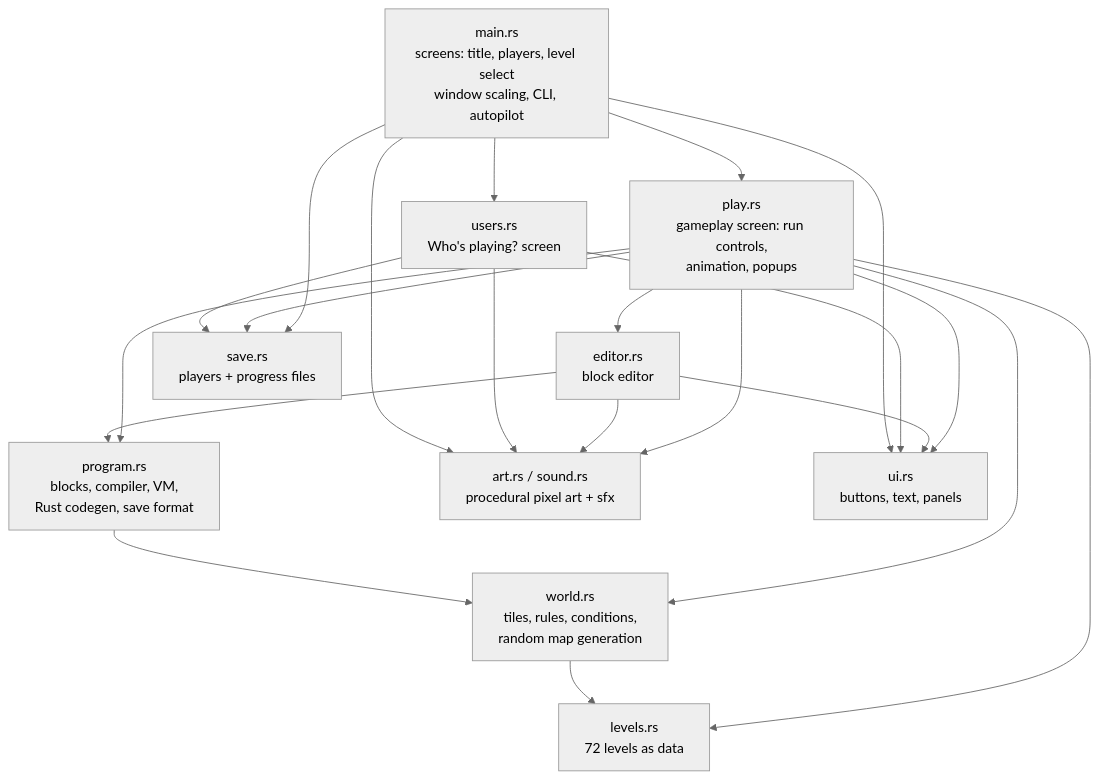
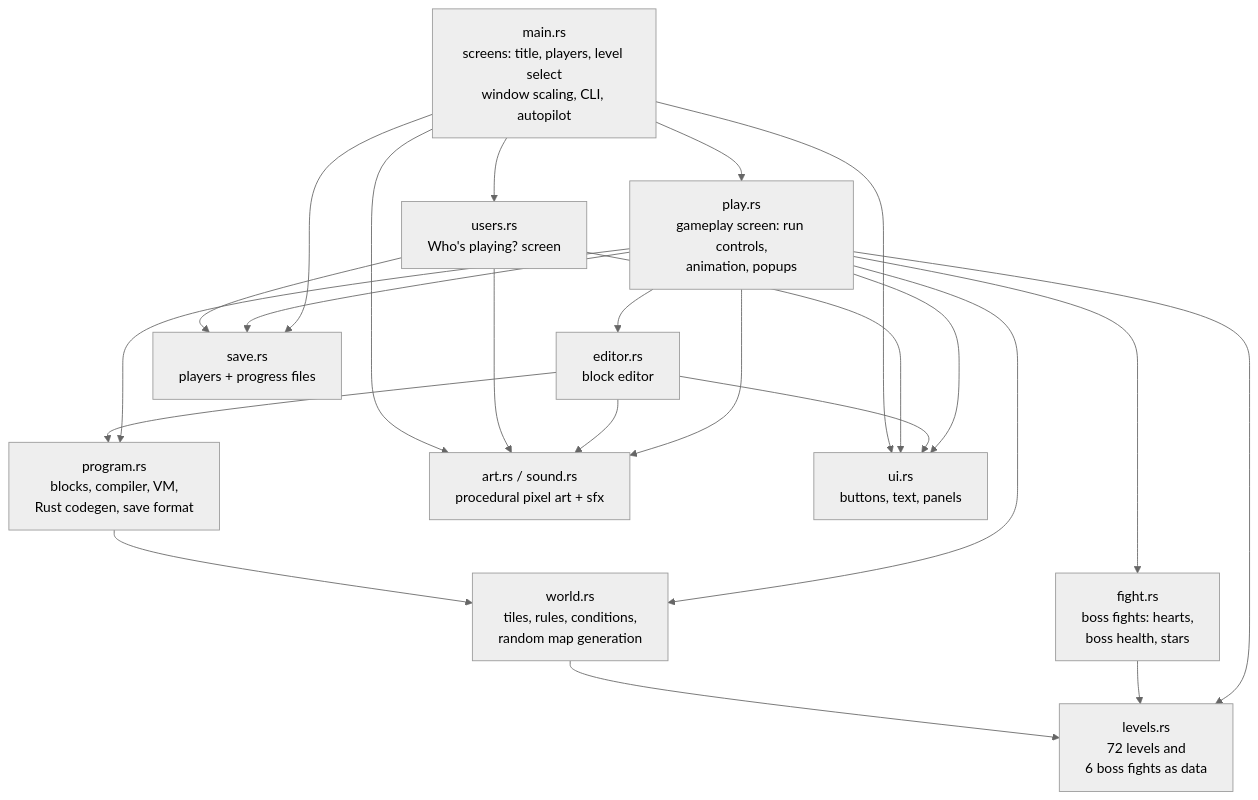
Before and after one commit to rpforonda/block-coders: the diagram in docs/DESIGN.md, drawn with Mermaid (neutral theme). The commit also changed other lines of this file and 10 other files, not shown here.

First line of the commit message:
Turn boss levels into 3-stage boss fights with hearts

````diff
--- a/docs/DESIGN.md
+++ b/docs/DESIGN.md
@@ -68,21 +69,23 @@
 ```mermaid
 flowchart TD
     main["main.rs<br/>screens: title, players, level select<br/>window scaling, CLI, autopilot"]
     users["users.rs<br/>Who's playing? screen"]
     play["play.rs<br/>gameplay screen: run controls,<br/>animation, popups"]
     editor["editor.rs<br/>block editor"]
     program["program.rs<br/>blocks, compiler, VM,<br/>Rust codegen, save format"]
     world["world.rs<br/>tiles, rules, conditions,<br/>random map generation"]
-    levels["levels.rs<br/>72 levels as data"]
+    levels["levels.rs<br/>72 levels and<br/>6 boss fights as data"]
+    fight["fight.rs<br/>boss fights: hearts,<br/>boss health, stars"]
     save["save.rs<br/>players + progress files"]
     art["art.rs / sound.rs<br/>procedural pixel art + sfx"]
     ui["ui.rs<br/>buttons, text, panels"]
 
     main --> users & play & save
-    play --> editor & program & world & levels & save
+    play --> editor & program & world & levels & save & fight
+    fight --> levels
     editor --> program
     program --> world
     world --> levels
     users --> save
     play & editor & users & main --> ui & art
 ```
````
